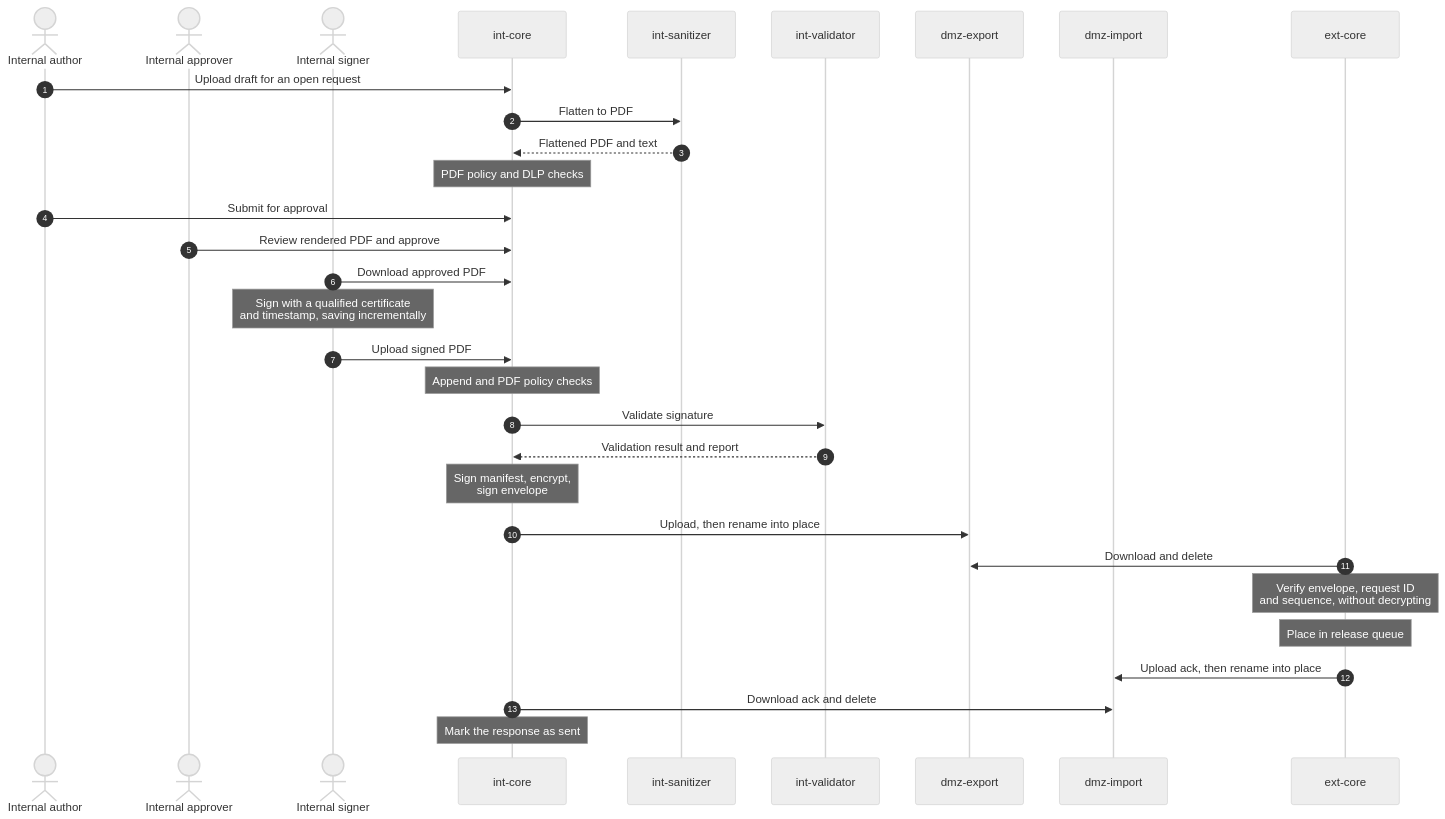
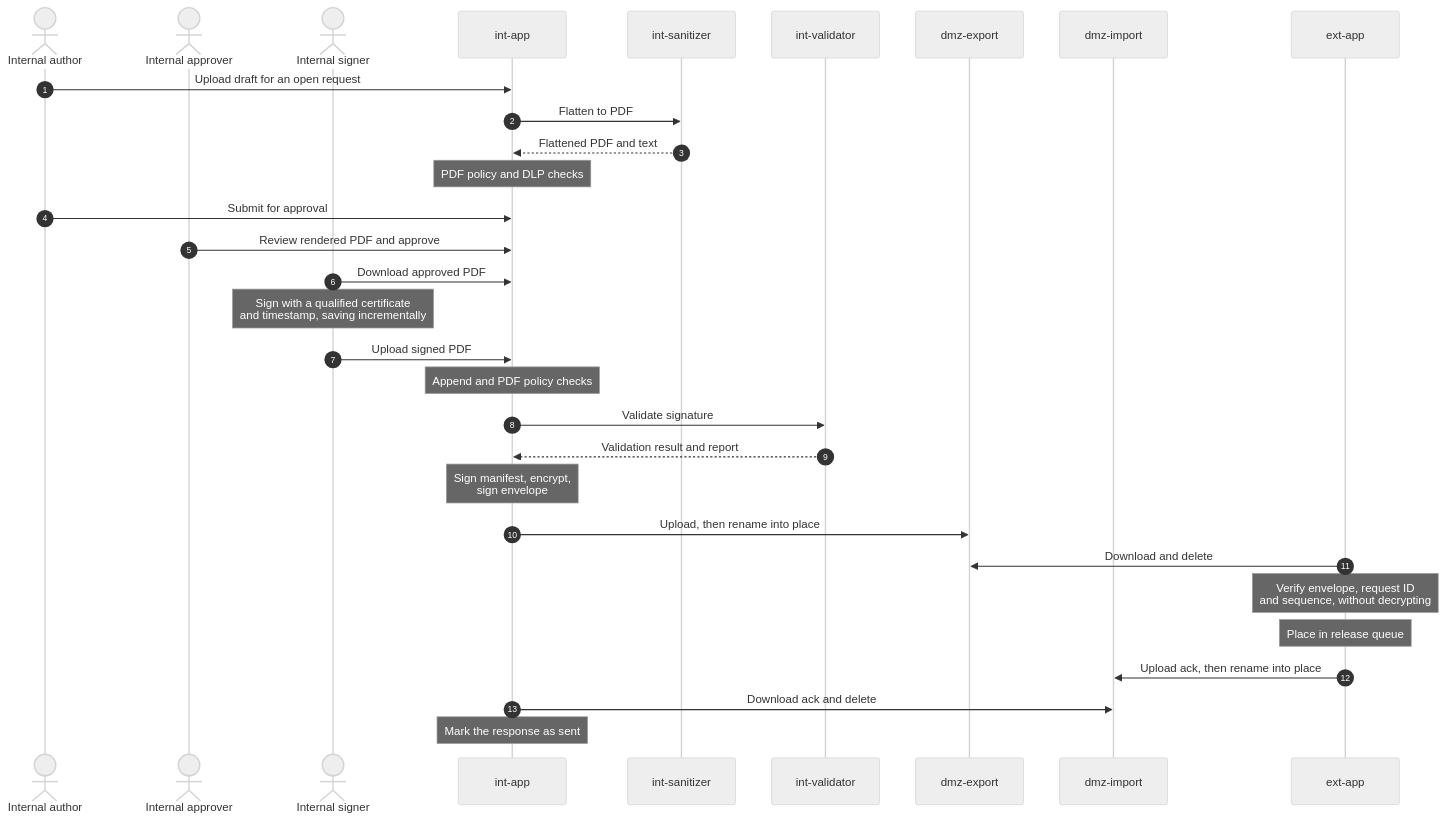
Before and after one commit to tgivslife/dxg-document-gateway: the sixth of 9 diagrams in document-exchange-mvp-technical-documentation.md, drawn with Mermaid (neutral theme). The commit also changed other lines of this file and 2 other files, not shown here.

````diff
--- a/document-exchange-mvp-technical-documentation.md
+++ b/document-exchange-mvp-technical-documentation.md
@@ -357,37 +357,37 @@
 ```mermaid
 sequenceDiagram
     accDescr: Sequence of the response flow from author to release queue
     %% Each arrow points from the side that opens the connection.
     %% Dashed arrows are replies on the same connection.
     autonumber
     actor AU as Internal author
     actor AP as Internal approver
     actor SI as Internal signer
-    participant IC as int-core
+    participant IC as int-app
     participant IS as int-sanitizer
     participant IV as int-validator
     participant DE as dmz-export
     participant DI as dmz-import
-    participant EC as ext-core
+    participant EC as ext-app
 
     AU->>IC: Upload draft for an open request
     IC->>IS: Flatten to PDF
     IS-->>IC: Flattened PDF and text
     Note over IC: PDF policy and DLP checks
     AU->>IC: Submit for approval
     AP->>IC: Review rendered PDF and approve
     SI->>IC: Download approved PDF
     Note over SI: Sign with a qualified certificate<br/>and timestamp, saving incrementally
     SI->>IC: Upload signed PDF
     Note over IC: Append and PDF policy checks
     IC->>IV: Validate signature
     IV-->>IC: Validation result and report
     Note over IC: Sign manifest, encrypt,<br/>sign envelope
     IC->>DE: Upload, then rename into place
     EC->>DE: Download and delete
     Note over EC: Verify envelope, request ID<br/>and sequence, without decrypting
     Note over EC: Place in release queue
     EC->>DI: Upload ack, then rename into place
     IC->>DI: Download ack and delete
     Note over IC: Mark the response as sent
 ```
````
